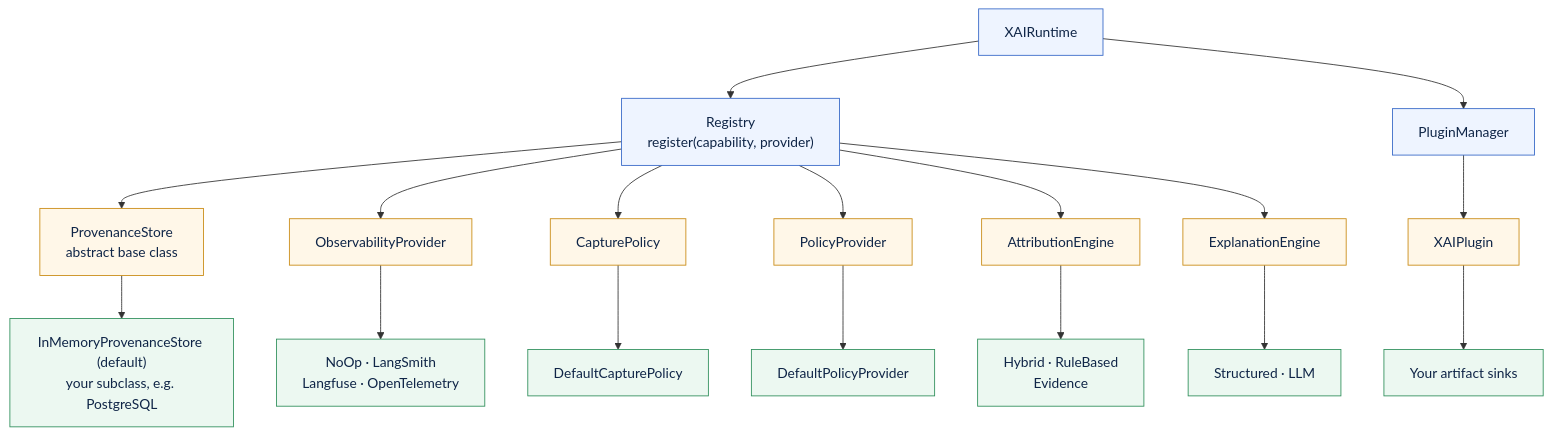
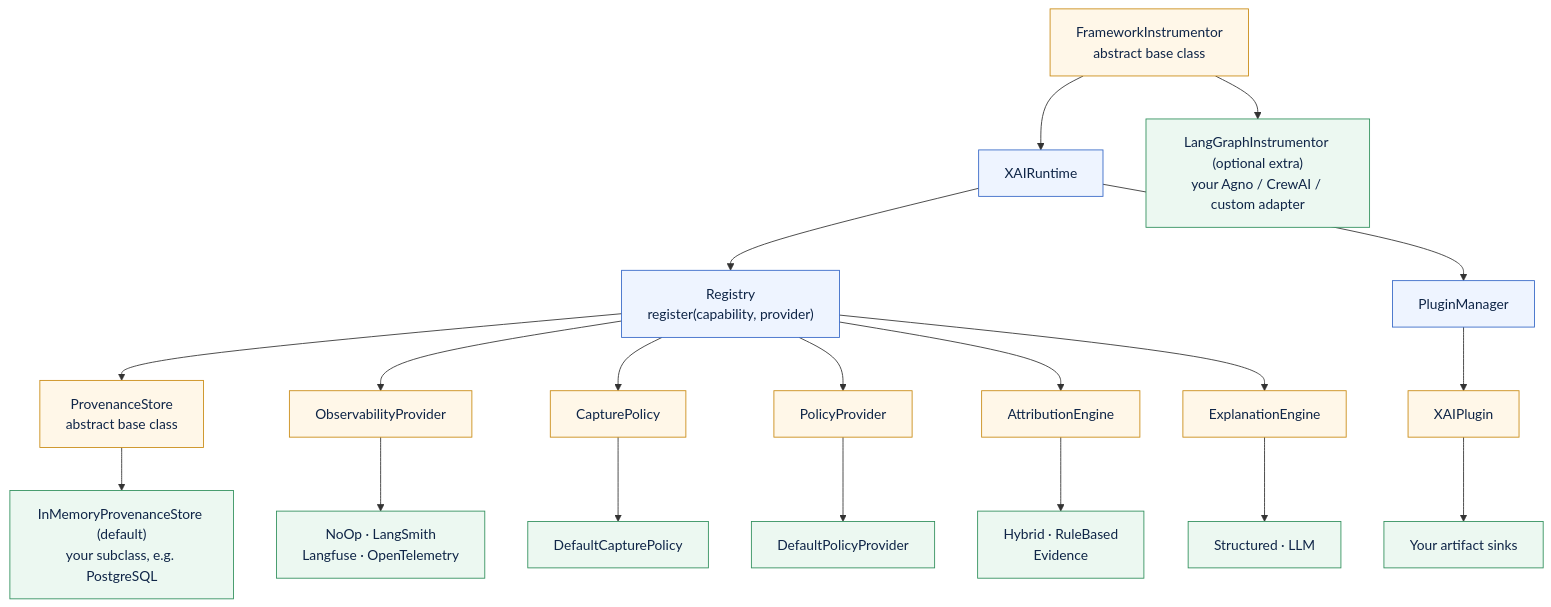
Before and after one commit to smuniharish/agxai: the diagram in diagrams/extensibility.mmd, drawn with Mermaid. The commit also changed 207 other files, not shown here.

```diff
--- a/diagrams/extensibility.mmd
+++ b/diagrams/extensibility.mmd
@@ -1,25 +1,28 @@
 flowchart TB
     classDef core fill:#eef4ff,stroke:#3567c7,color:#0f2547
     classDef protocol fill:#fff7e8,stroke:#c98a12,color:#0f2547
     classDef impl fill:#ecf8f1,stroke:#2f8f5b,color:#0f2547
 
     runtime["XAIRuntime"]:::core
+    framework["FrameworkInstrumentor<br/>abstract base class"]:::protocol
+    framework --> runtime
+    framework --> frameworks["LangGraphInstrumentor (optional extra)<br/>your Agno / CrewAI / custom adapter"]:::impl
     registry["Registry<br/>register(capability, provider)"]:::core
     runtime --> registry
     runtime --> manager["PluginManager"]:::core
 
     registry --> store["ProvenanceStore<br/>abstract base class"]:::protocol
     registry --> observe["ObservabilityProvider"]:::protocol
     registry --> capture["CapturePolicy"]:::protocol
     registry --> policy["PolicyProvider"]:::protocol
     registry --> attribution["AttributionEngine"]:::protocol
     registry --> engine["ExplanationEngine"]:::protocol
     manager --> plugin["XAIPlugin"]:::protocol
 
     store --> storeImpl["InMemoryProvenanceStore (default)<br/>your subclass, e.g. PostgreSQL"]:::impl
     observe --> observeImpl["NoOp · LangSmith<br/>Langfuse · OpenTelemetry"]:::impl
     capture --> captureImpl["DefaultCapturePolicy"]:::impl
     policy --> policyImpl["DefaultPolicyProvider"]:::impl
     attribution --> attributionImpl["Hybrid · RuleBased<br/>Evidence"]:::impl
     engine --> engineImpl["Structured · LLM"]:::impl
     plugin --> pluginImpl["Your artifact sinks"]:::impl
```
